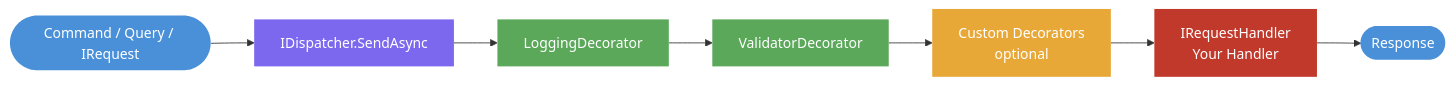
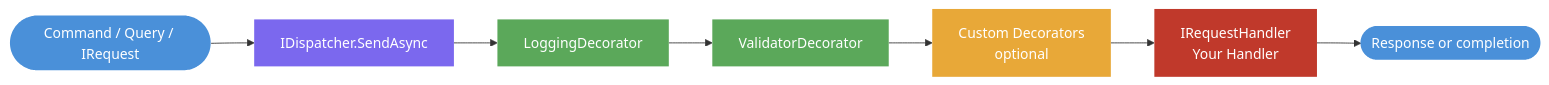
One commit to ctorresunimag95/mediatr-custom changed the diagram in docs/ADR-001-mediatr-alternatives.md. Above: the diagram before and after it, drawn with Mermaid. The commit also changed other lines of this file and 4 other files, not shown here.

````diff
--- a/docs/ADR-001-mediatr-alternatives.md
+++ b/docs/ADR-001-mediatr-alternatives.md
@@ -133,17 +147,17 @@
 ```mermaid
 flowchart LR
-    A([Command / Query / IRequest]) --> B[IDispatcher.SendAsync]
+        A([Command / Query / IRequest]) --> B[IDispatcher.SendAsync]
     B --> C[LoggingDecorator]
     C --> D[ValidatorDecorator]
     D --> E[Custom Decorators\noptional]
     E --> F[IRequestHandler\nYour Handler]
-    F --> G([Response])
+        F --> G([Response or completion])
 
     style A fill:#4A90D9,color:#fff,stroke:none
     style G fill:#4A90D9,color:#fff,stroke:none
     style B fill:#7B68EE,color:#fff,stroke:none
     style C fill:#5BA85A,color:#fff,stroke:none
     style D fill:#5BA85A,color:#fff,stroke:none
     style E fill:#E8A838,color:#fff,stroke:none
     style F fill:#C0392B,color:#fff,stroke:none
 ```
````
